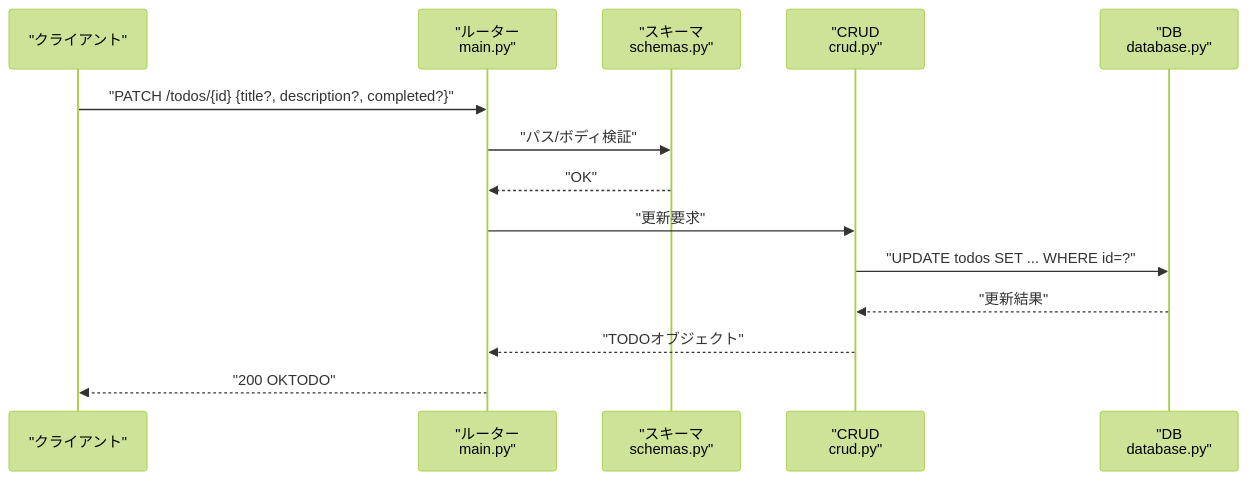
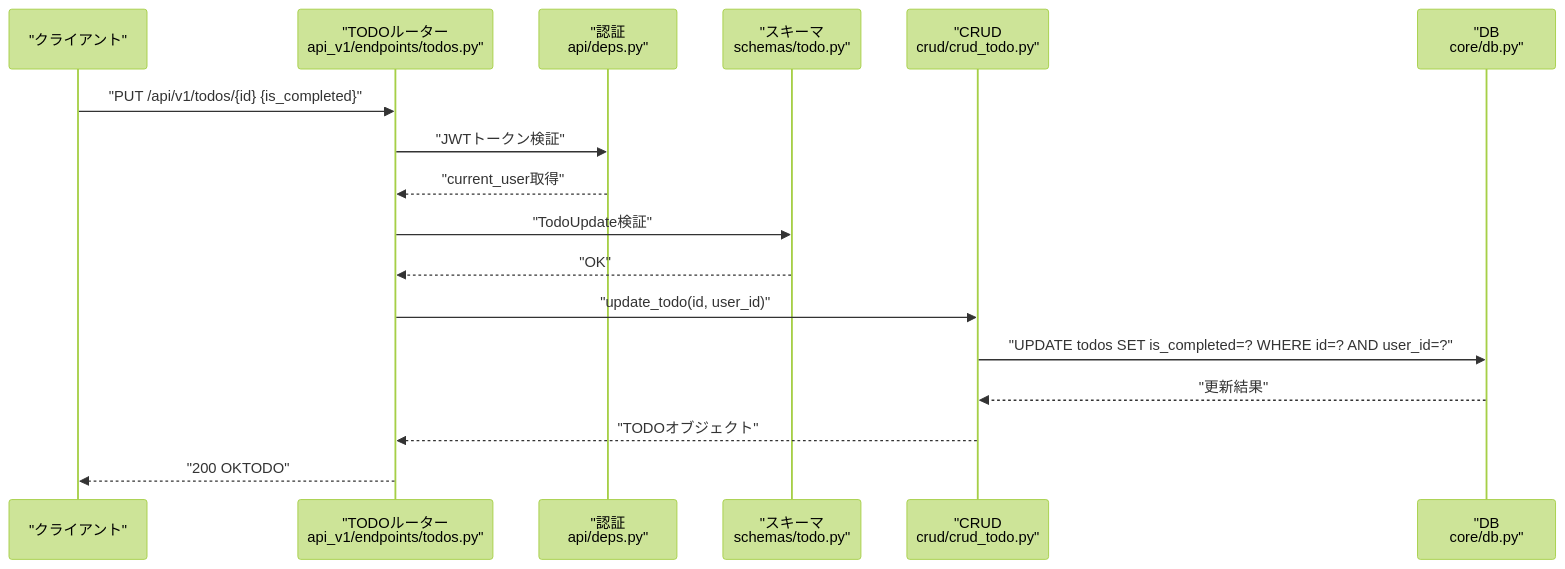
One commit to ss8806/Todos changed the fifth of 7 diagrams in .qoder/repowiki/ja/content/APIリファレンス/TODO管理API.md. Above: the diagram before and after it, drawn with Mermaid (forest theme). The commit also changed other lines of this file and 6 other files, not shown here.

````diff
--- a/.qoder/repowiki/ja/content/APIリファレンス/TODO管理API.md
+++ b/.qoder/repowiki/ja/content/APIリファレンス/TODO管理API.md
@@ -232,16 +269,19 @@
 ```mermaid
 sequenceDiagram
 participant C as "クライアント"
-participant R as "ルーター<br/>main.py"
-participant V as "スキーマ<br/>schemas.py"
-participant U as "CRUD<br/>crud.py"
-participant D as "DB<br/>database.py"
-C->>R : "PATCH /todos/{id} {title?, description?, completed?}"
-R->>V : "パス/ボディ検証"
+participant R as "TODOルーター<br/>api_v1/endpoints/todos.py"
+participant A as "認証<br/>api/deps.py"
+participant V as "スキーマ<br/>schemas/todo.py"
+participant U as "CRUD<br/>crud/crud_todo.py"
+participant D as "DB<br/>core/db.py"
+C->>R : "PUT /api/v1/todos/{id} {is_completed}"
+R->>A : "JWTトークン検証"
+A-->>R : "current_user取得"
+R->>V : "TodoUpdate検証"
 V-->>R : "OK"
-R->>U : "更新要求"
-U->>D : "UPDATE todos SET ... WHERE id=?"
+R->>U : "update_todo(id, user_id)"
+U->>D : "UPDATE todos SET is_completed=? WHERE id=? AND user_id=?"
 D-->>U : "更新結果"
 U-->>R : "TODOオブジェクト"
 R-->>C : "200 OKTODO"
 ```
````
